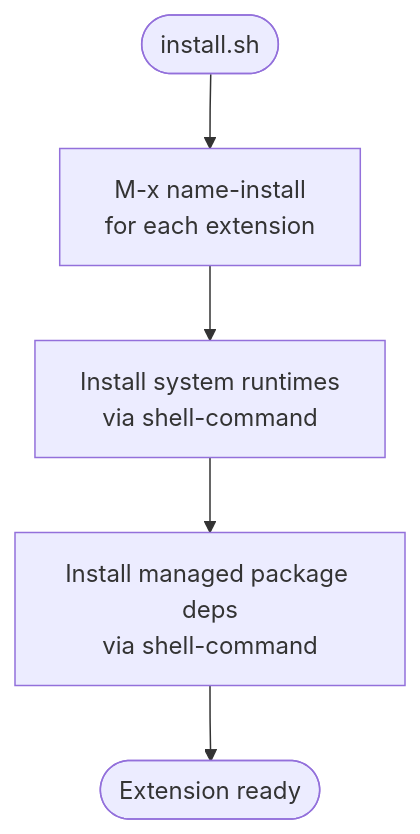
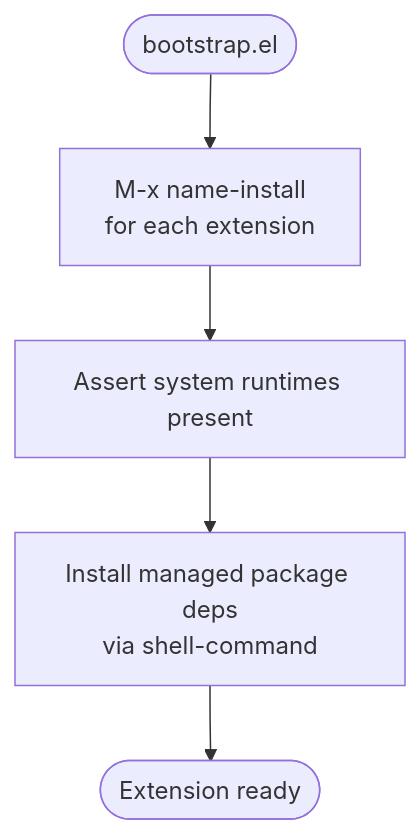
The diagram in docs/extension-architecture.md (sagelattice/ctrl), drawn with Mermaid before and after one commit. The commit also changed other lines of this file and 12 other files, not shown here.

````diff
--- a/docs/extension-architecture.md
+++ b/docs/extension-architecture.md
@@ -43,7 +43,7 @@
 ```mermaid
 flowchart TD
-    A([install.sh]) --> B[M-x name-install\nfor each extension]
-    B --> C[Install system runtimes\nvia shell-command]
+    A([bootstrap.el]) --> B[M-x name-install\nfor each extension]
+    B --> C[Assert system runtimes present]
     C --> D[Install managed package deps\nvia shell-command]
     D --> E([Extension ready])
 ```
````
